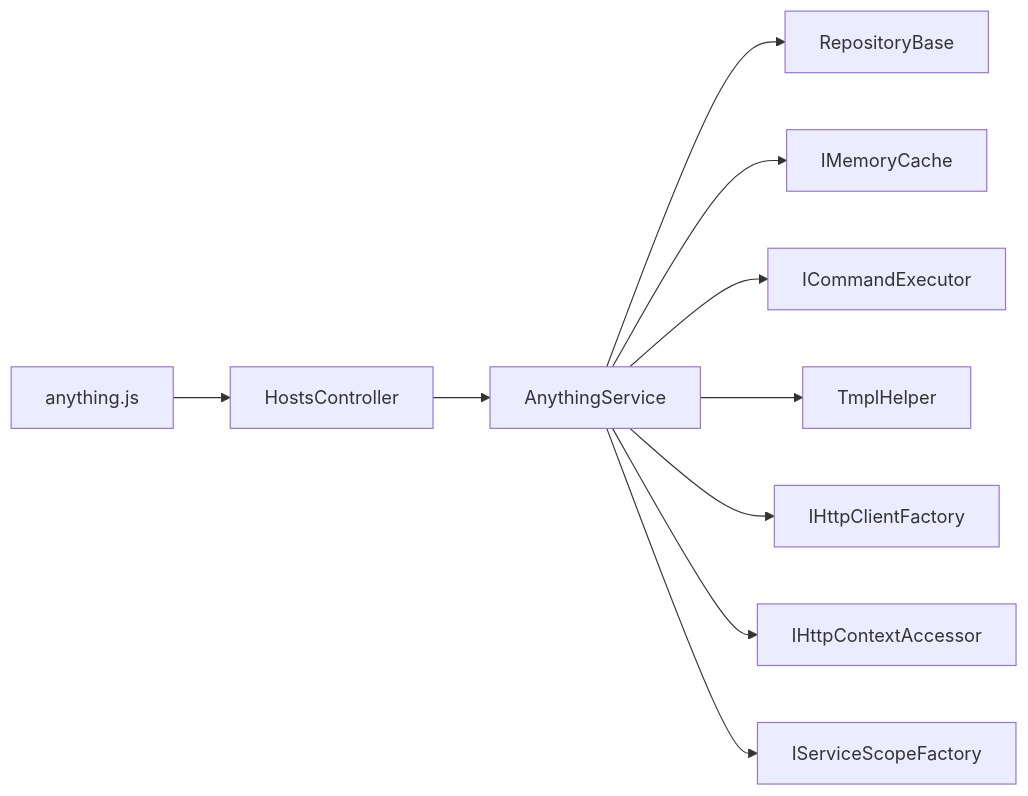
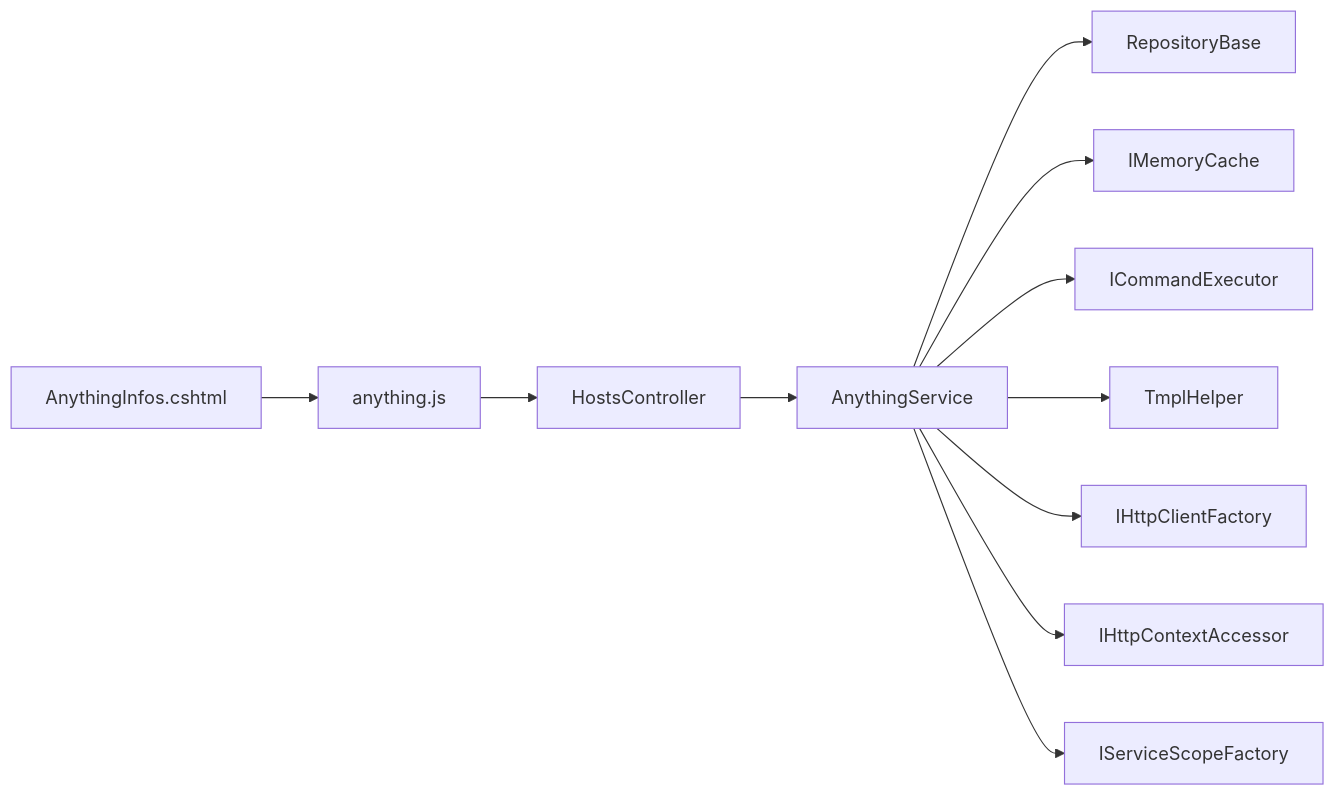
Before and after one commit to Sosososolong/AirGo: the fifth of 6 diagrams in .qoder/repowiki/zh/content/远程主机管理模块/远程主机管理模块.md, drawn with Mermaid. The commit also changed other lines of this file and 22 other files, not shown here.

````diff
--- a/.qoder/repowiki/zh/content/远程主机管理模块/远程主机管理模块.md
+++ b/.qoder/repowiki/zh/content/远程主机管理模块/远程主机管理模块.md
@@ -336,12 +382,13 @@
 ```mermaid
 graph LR
 SVC["AnythingService"] --> REPO["RepositoryBase<T>"]
 SVC --> CACHE["IMemoryCache"]
 SVC --> EXEC["ICommandExecutor"]
 SVC --> TMPL["TmplHelper"]
 SVC --> HTTPF["IHttpClientFactory"]
 SVC --> CTX["IHttpContextAccessor"]
 SVC --> SCOPE["IServiceScopeFactory"]
 CTRL["HostsController"] --> SVC
 JS["anything.js"] --> CTRL
+VW["AnythingInfos.cshtml"] --> JS
 ```
````
